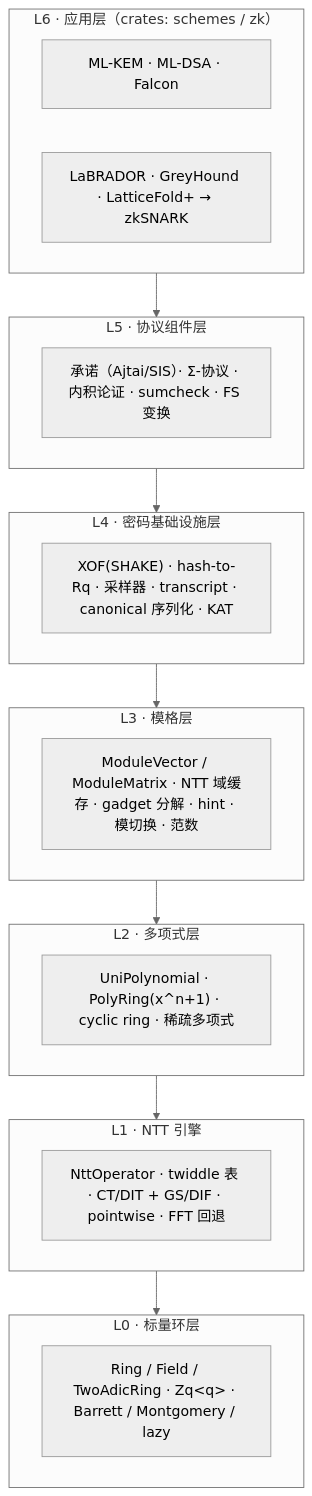
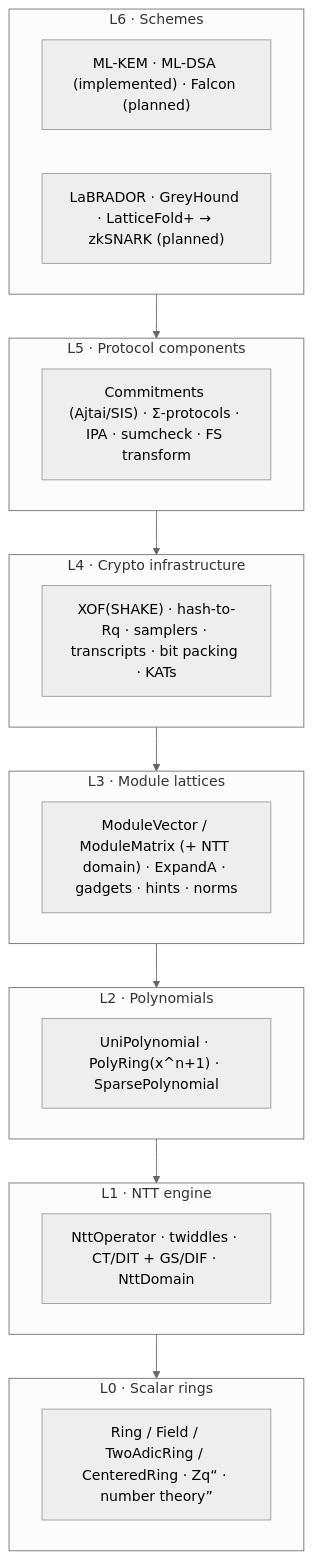
The first of 4 diagrams in docs/src/pages/design/architecture.mdx (SuccinctPaul/lattice-algebra-rs), drawn with Mermaid (neutral theme) before and after one commit. The commit also changed other lines of this file and 54 other files, not shown here.

First line of the commit message:
feat: L0-L4 core refactor, ML-DSA, Z1-Z4 protocols, English docs

````diff
--- a/docs/src/pages/design/architecture.mdx
+++ b/docs/src/pages/design/architecture.mdx
@@ -14,26 +14,26 @@
 ```mermaid
 flowchart TB
-    subgraph L6["L6 · 应用层（crates: schemes / zk）"]
-        SCHEME["ML-KEM · ML-DSA · Falcon"]
-        SNARK["LaBRADOR · GreyHound · LatticeFold+ → zkSNARK"]
+    subgraph L6["L6 · Schemes"]
+        SCHEME["ML-KEM · ML-DSA (implemented) · Falcon (planned)"]
+        SNARK["LaBRADOR · GreyHound · LatticeFold+ → zkSNARK (planned)"]
     end
-    subgraph L5["L5 · 协议组件层"]
-        COMP["承诺（Ajtai/SIS）· Σ-协议 · 内积论证 · sumcheck · FS 变换"]
+    subgraph L5["L5 · Protocol components"]
+        COMP["Commitments (Ajtai/SIS) · Σ-protocols · IPA · sumcheck · FS transform"]
     end
-    subgraph L4["L4 · 密码基础设施层"]
-        INFRA["XOF(SHAKE) · hash-to-Rq · 采样器 · transcript · canonical 序列化 · KAT"]
+    subgraph L4["L4 · Crypto infrastructure"]
+        INFRA["XOF(SHAKE) · hash-to-Rq · samplers · transcripts · bit packing · KATs"]
     end
-    subgraph L3["L3 · 模格层"]
-        MOD["ModuleVector / ModuleMatrix · NTT 域缓存 · gadget 分解 · hint · 模切换 · 范数"]
+    subgraph L3["L3 · Module lattices"]
+        MOD["ModuleVector / ModuleMatrix (+ NTT domain) · ExpandA · gadgets · hints · norms"]
     end
-    subgraph L2["L2 · 多项式层"]
-        POLY["UniPolynomial · PolyRing(x^n+1) · cyclic ring · 稀疏多项式"]
+    subgraph L2["L2 · Polynomials"]
+        POLY["UniPolynomial · PolyRing(x^n+1) · SparsePolynomial"]
     end
-    subgraph L1["L1 · NTT 引擎"]
-        NTT["NttOperator · twiddle 表 · CT/DIT + GS/DIF · pointwise · FFT 回退"]
+    subgraph L1["L1 · NTT engine"]
+        NTT["NttOperator · twiddles · CT/DIT + GS/DIF · NttDomain"]
     end
-    subgraph L0["L0 · 标量环层"]
-        RING["Ring / Field / TwoAdicRing · Zq&lt;q&gt; · Barrett / Montgomery / lazy"]
+    subgraph L0["L0 · Scalar rings"]
+        RING["Ring / Field / TwoAdicRing / CenteredRing · Zq<q> · number theory"]
     end
     L6 --> L5 --> L4 --> L3 --> L2 --> L1 --> L0
 ```
````
